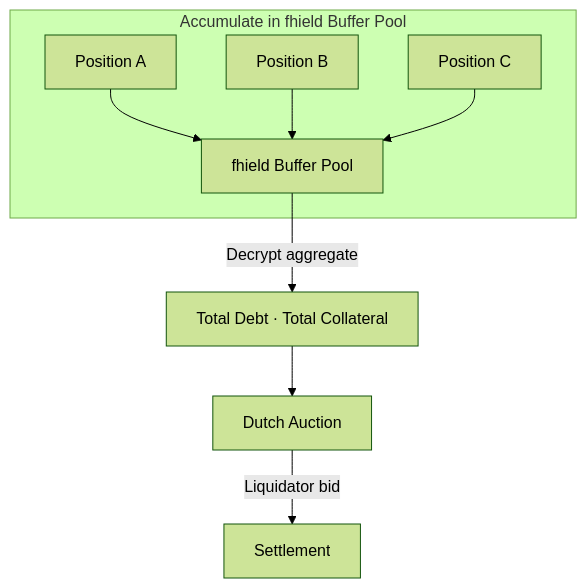
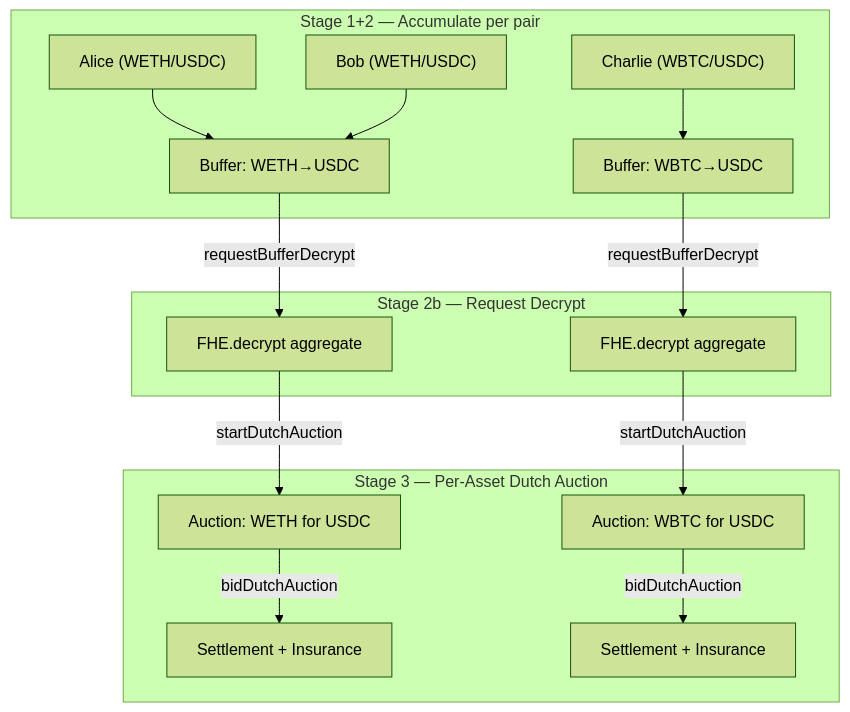
Before and after one commit to PhuocNG0308/fhield: the second of 3 diagrams in fhield-docs/docs/devdocs/User Flows/Liquidation.md, drawn with Mermaid (forest theme). The commit also changed other lines of this file and 6 other files, not shown here.

````diff
--- a/fhield-docs/docs/devdocs/User Flows/Liquidation.md
+++ b/fhield-docs/docs/devdocs/User Flows/Liquidation.md
@@ -161,12 +219,20 @@
 ```mermaid
 graph TD
-    subgraph Accumulate["Accumulate in fhield Buffer Pool"]
-        A["Position A"] --> P["fhield Buffer Pool"]
-        B["Position B"] --> P
-        C["Position C"] --> P
+    subgraph Sweep["Stage 1+2 — Accumulate per pair"]
+        A["Alice (WETH/USDC)"] --> P1["Buffer: WETH→USDC"]
+        B["Bob (WETH/USDC)"] --> P1
+        C["Charlie (WBTC/USDC)"] --> P2["Buffer: WBTC→USDC"]
     end
 
-    P -->|"Decrypt aggregate"| D["Total Debt · Total Collateral"]
-    D --> DA["Dutch Auction"]
-    DA -->|"Liquidator bid"| S["Settlement"]
+    subgraph Decrypt["Stage 2b — Request Decrypt"]
+        P1 -->|"requestBufferDecrypt"| D1["FHE.decrypt aggregate"]
+        P2 -->|"requestBufferDecrypt"| D2["FHE.decrypt aggregate"]
+    end
+
+    subgraph Auction["Stage 3 — Per-Asset Dutch Auction"]
+        D1 -->|"startDutchAuction"| DA1["Auction: WETH for USDC"]
+        D2 -->|"startDutchAuction"| DA2["Auction: WBTC for USDC"]
+        DA1 -->|"bidDutchAuction"| S1["Settlement + Insurance"]
+        DA2 -->|"bidDutchAuction"| S2["Settlement + Insurance"]
+    end
 ```
````
